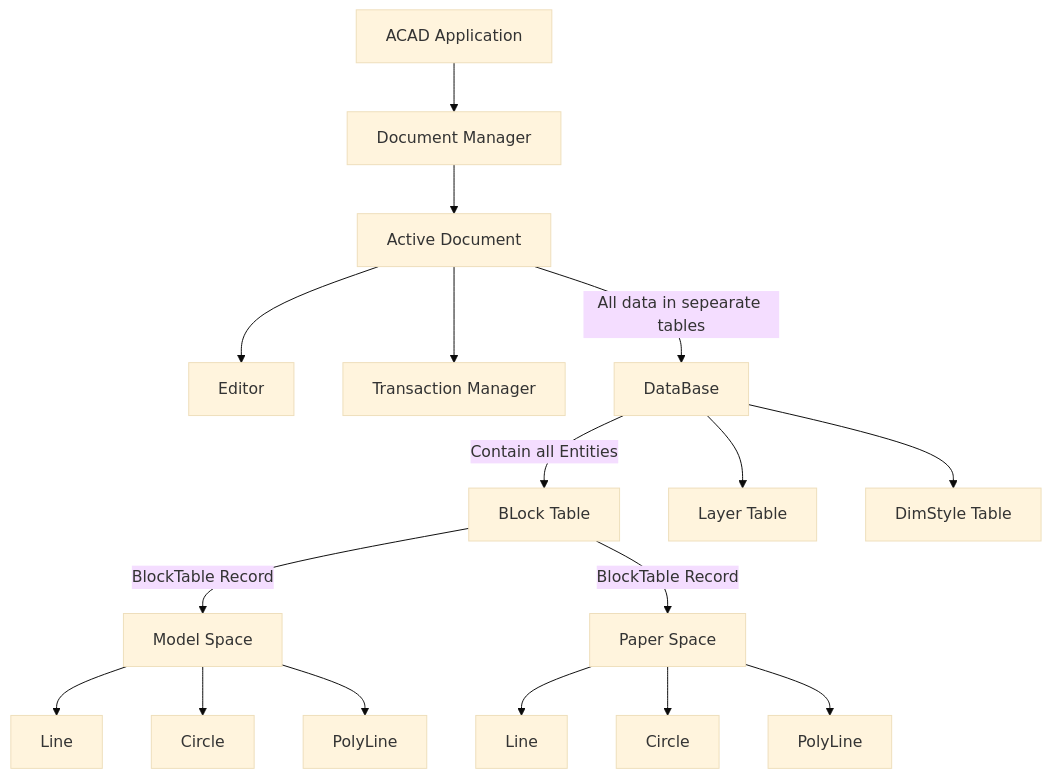
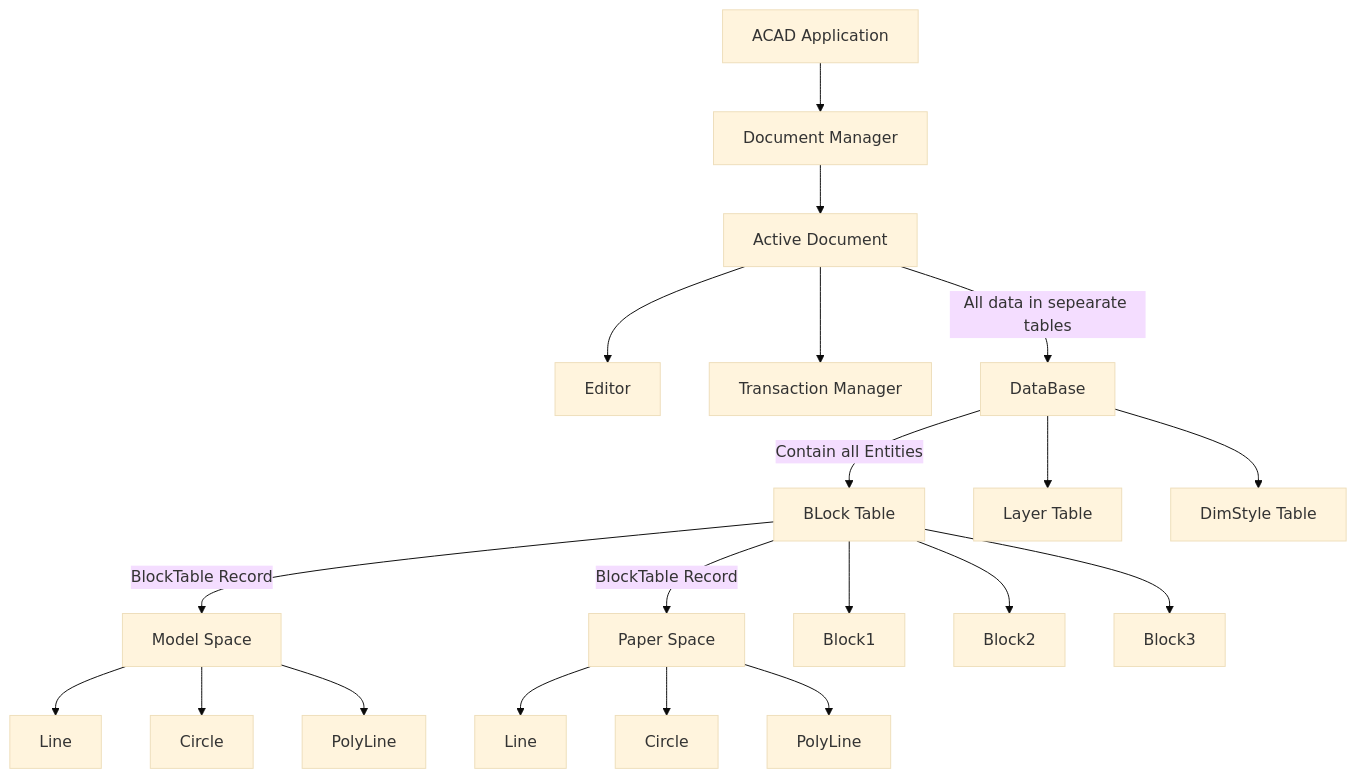
Before and after one commit to NodesAutomations/CSharp: the first of 4 diagrams in Autocad/Doc/AutoCAD Object Model.md, drawn with Mermaid (base theme).

Commit message:
Update AutoCAD Object Model.md

````diff
--- a/Autocad/Doc/AutoCAD Object Model.md
+++ b/Autocad/Doc/AutoCAD Object Model.md
@@ -2,19 +2,22 @@
 ```mermaid
 graph TD
 A[ACAD Application]-->B[Document Manager]
 B-->C[Active Document]
 C-->E[Editor]
 C-->C3[Transaction Manager]
 C-->|All data in sepearate tables|D[DataBase]
 D-->|Contain all Entities|F[BLock Table]
 D-->G[Layer Table]
 D-->H[DimStyle Table]
 F-->|BlockTable Record|F1[Model Space]
 F-->|BlockTable Record|F2[Paper Space]
 F1-->F11[Line]
 F1-->F12[Circle]
 F1-->F13[PolyLine]
 F2-->F21[Line]
 F2-->F22[Circle]
 F2-->F23[PolyLine]
+F-->G1[Block1]
+F-->G2[Block2]
+F-->G3[Block3]
 ```
````
